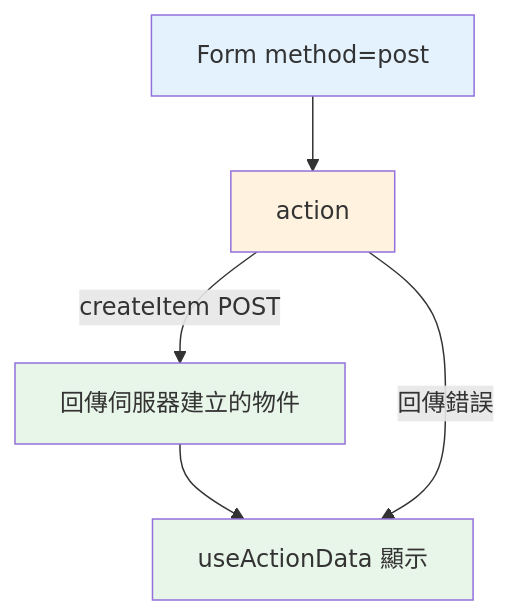
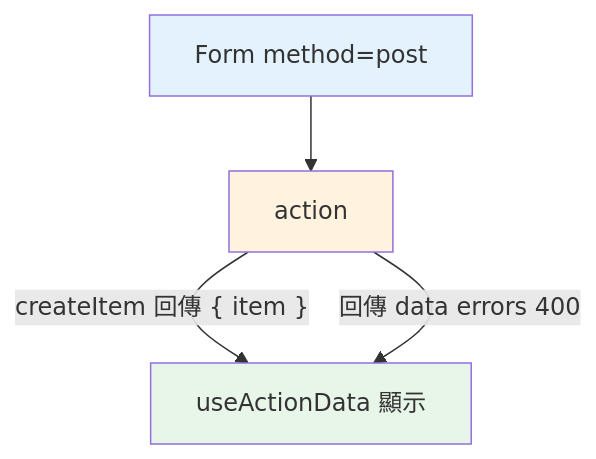
One commit to summer10920/summer10920.github.io changed diagram 13 of 14 in source/_posts/lokiTech-15day-11-react-router.md. Above: the diagram before and after it, drawn with Mermaid. The commit also changed other lines of this file, not shown here.

Commit message:
講義 11：87-action 改為依欄位回傳驗證錯誤，並對齊解析與機制圖

```diff
--- a/source/_posts/lokiTech-15day-11-react-router.md
+++ b/source/_posts/lokiTech-15day-11-react-router.md
@@ -2809,10 +2809,8 @@
 {% mermaid graph TD %}
   form["Form method=post"] --> action["action"]
-  action -->|"createItem POST"| item["回傳伺服器建立的物件"]
-  item --> hook["useActionData 顯示"]
-  action -->|"回傳錯誤"| hook
+  action -->|"createItem 回傳 { item }"| hook["useActionData 顯示"]
+  action -->|"回傳 data errors 400"| hook
   style form fill:#e3f2fd
   style action fill:#fff3e0
-  style item fill:#e8f5e9
   style hook fill:#e8f5e9
 {% endmermaid %}
```
